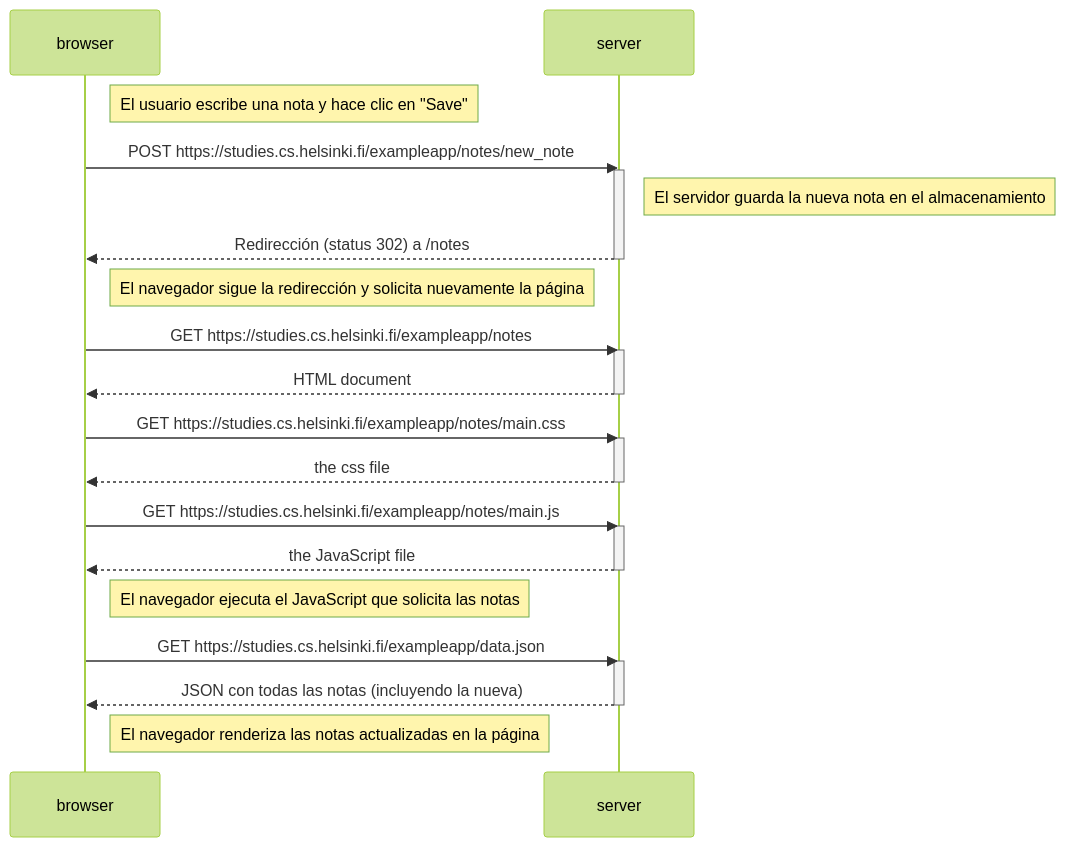
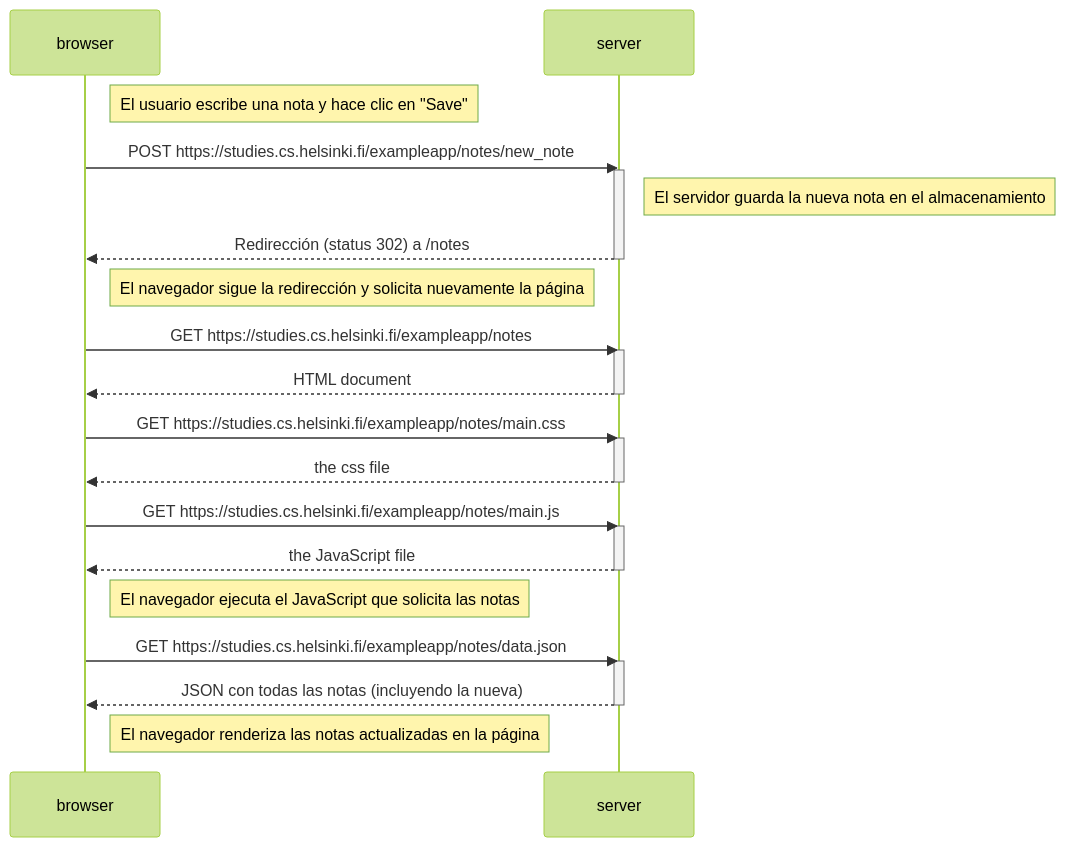
Before and after one commit to mauroperez055/fullstack-open-exercises: the diagram in part0/0.4.md, drawn with Mermaid (forest theme).

````diff
--- a/part0/0.4.md
+++ b/part0/0.4.md
@@ -4,39 +4,39 @@
 ```mermaid
 sequenceDiagram
     participant browser
     participant server
 
     Note right of browser: El usuario escribe una nota y hace clic en "Save"
 
     browser->>server: POST https://studies.cs.helsinki.fi/exampleapp/notes/new_note
     activate server
     Note right of server: El servidor guarda la nueva nota en el almacenamiento
     server-->>browser: Redirección (status 302) a /notes
     deactivate server
 
     Note right of browser: El navegador sigue la redirección y solicita nuevamente la página
 
     browser->>server: GET https://studies.cs.helsinki.fi/exampleapp/notes
     activate server
     server-->>browser: HTML document
     deactivate server
 
     browser->>server: GET https://studies.cs.helsinki.fi/exampleapp/notes/main.css
     activate server
     server-->>browser: the css file
     deactivate server
 
     browser->>server: GET https://studies.cs.helsinki.fi/exampleapp/notes/main.js
     activate server
     server-->>browser: the JavaScript file
     deactivate server
 
     Note right of browser: El navegador ejecuta el JavaScript que solicita las notas
 
-    browser->>server: GET https://studies.cs.helsinki.fi/exampleapp/data.json
+    browser->>server: GET https://studies.cs.helsinki.fi/exampleapp/notes/data.json
     activate server
     server-->>browser: JSON con todas las notas (incluyendo la nueva)
     deactivate server
 
     Note right of browser: El navegador renderiza las notas actualizadas en la página
 ```
````
